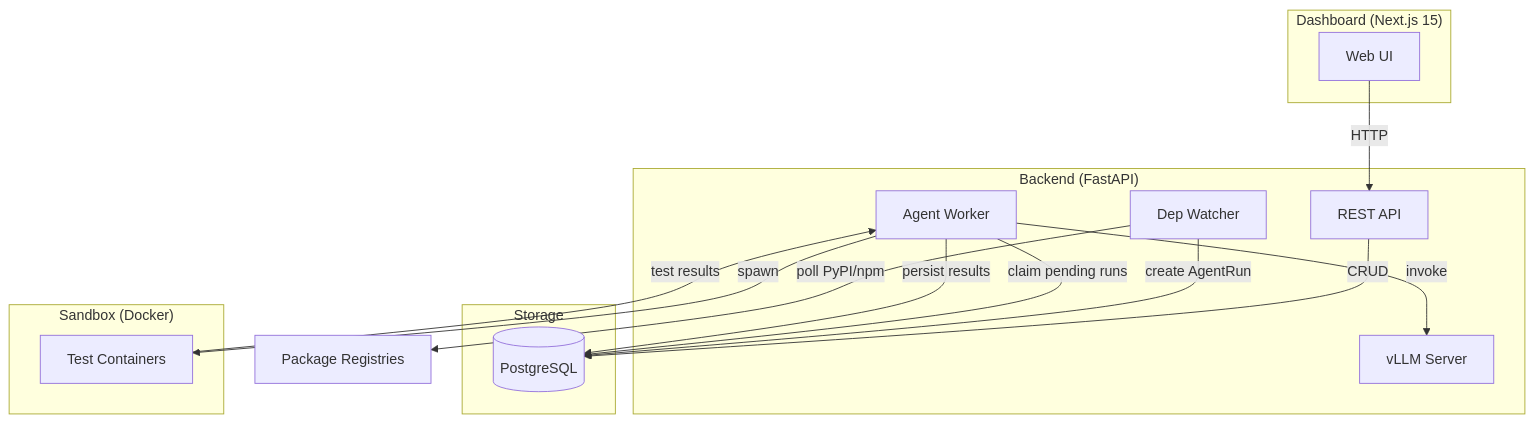
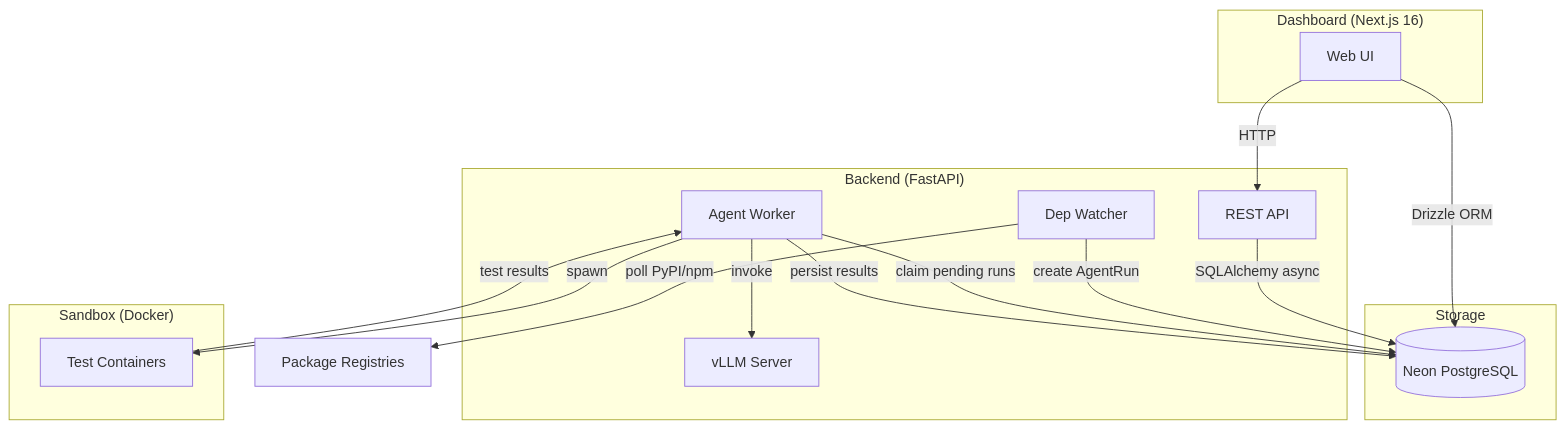
Before and after one commit to Equat-ion/graft: the first of 4 diagrams in docs/architecture.md, drawn with Mermaid. The commit also changed other lines of this file and 7 other files, not shown here.

````diff
--- a/docs/architecture.md
+++ b/docs/architecture.md
@@ -11,31 +11,32 @@
 ```mermaid
 graph TB
-    subgraph Frontend["Dashboard (Next.js 15)"]
+    subgraph Frontend["Dashboard (Next.js 16)"]
         UI[Web UI]
     end
 
     subgraph Backend["Backend (FastAPI)"]
         API[REST API]
         Watcher[Dep Watcher]
         Worker[Agent Worker]
         VLLM[vLLM Server]
     end
 
     subgraph Storage
-        DB[(PostgreSQL)]
+        DB[(Neon PostgreSQL)]
     end
 
     subgraph Sandbox["Sandbox (Docker)"]
         Container[Test Containers]
     end
 
     UI -->|HTTP| API
-    API -->|CRUD| DB
+    UI -->|Drizzle ORM| DB
+    API -->|SQLAlchemy async| DB
     Watcher -->|poll PyPI/npm| Internet["Package Registries"]
     Watcher -->|create AgentRun| DB
     Worker -->|claim pending runs| DB
     Worker -->|invoke| VLLM
     Worker -->|spawn| Container
     Container -->|test results| Worker
     Worker -->|persist results| DB
 ```
````
